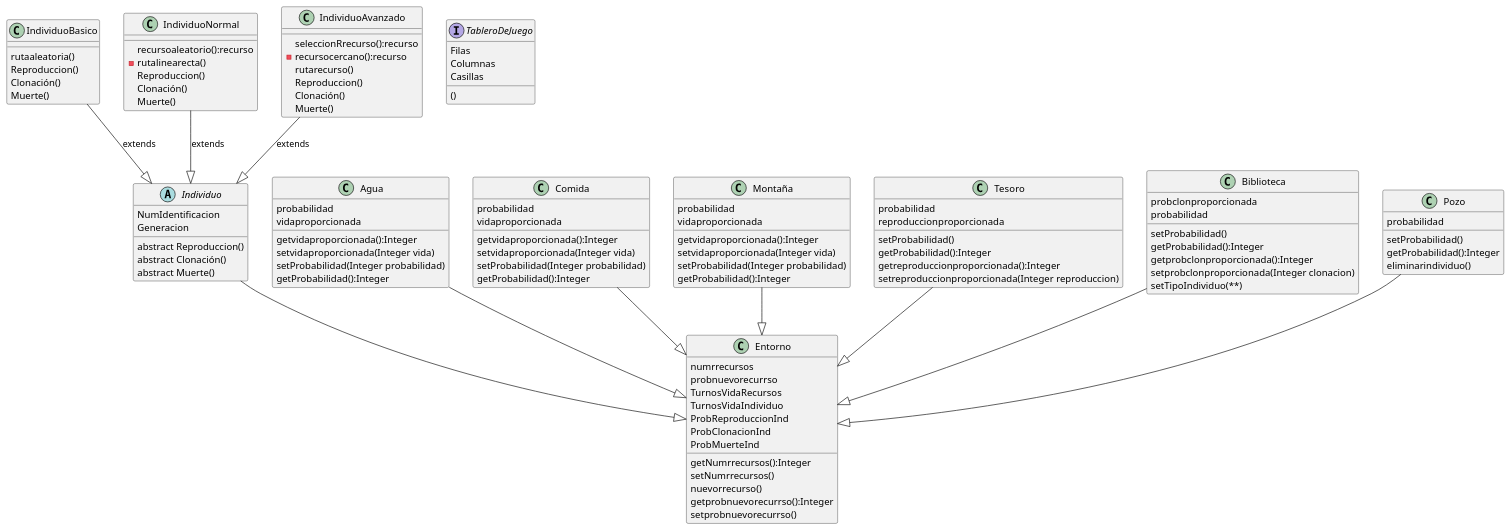
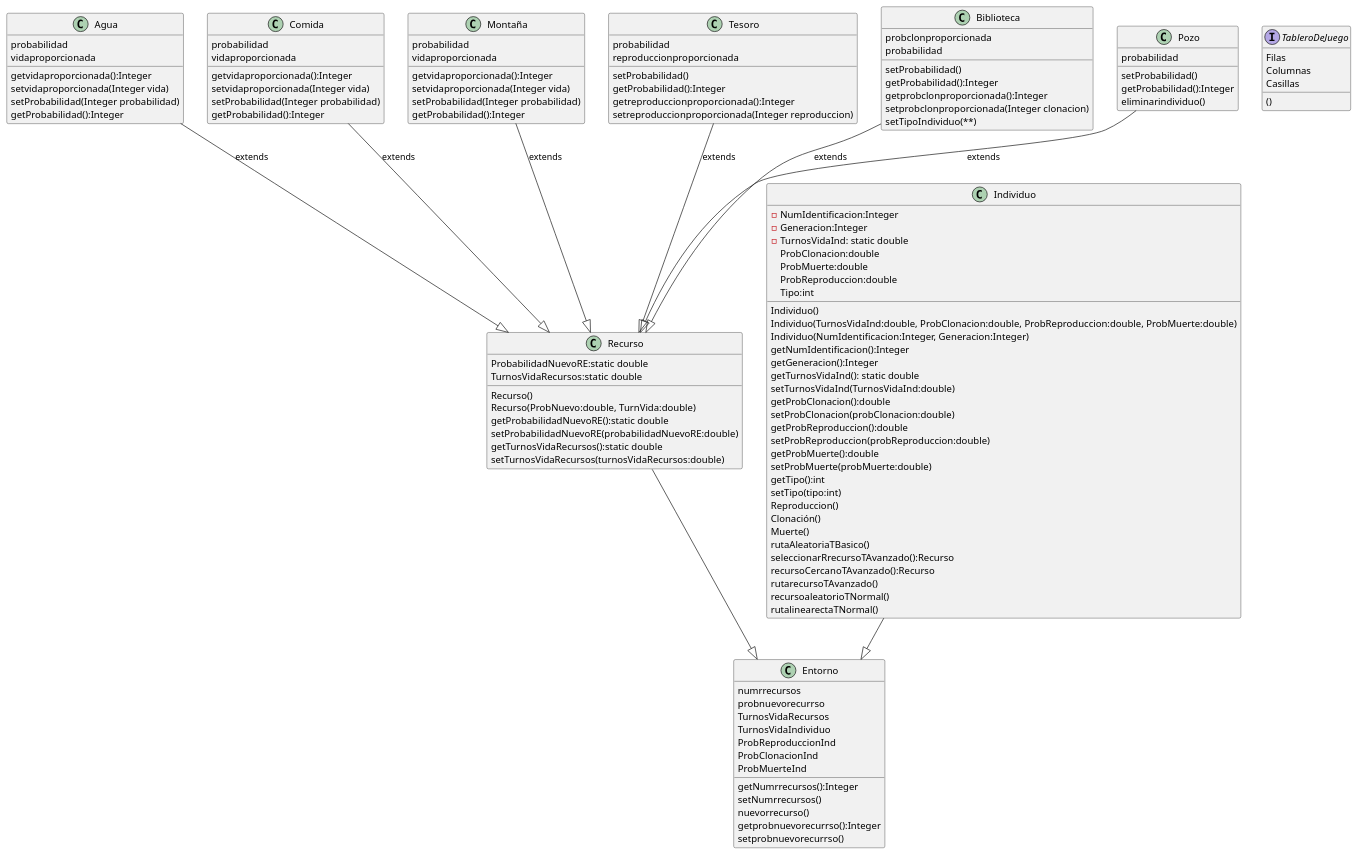
One commit to martavalientemaldonado/JuegoVida changed the diagram in src/UML trabajo.puml. Above: the diagram before and after it, drawn with PlantUML. The commit also changed 11 other files, not shown here.

```diff
--- a/src/UML trabajo.puml
+++ b/src/UML trabajo.puml
@@ -1,116 +1,127 @@
 @startuml
 'https://plantuml.com/class-diagram
 
+Agua --|> Recurso:extends
+Comida --|> Recurso:extends
+Montaña --|> Recurso:extends
+Tesoro --|> Recurso:extends
+Biblioteca --|> Recurso:extends
+Pozo --|> Recurso:extends
+Individuo --|> Entorno
+Recurso --|> Entorno
 
-IndividuoBasico --|> Individuo:extends
-IndividuoNormal --|> Individuo:extends
-IndividuoAvanzado --|> Individuo:extends
-Agua --|> Entorno
-Comida --|> Entorno
-Montaña --|> Entorno
-Tesoro --|> Entorno
-Biblioteca --|> Entorno
-Pozo --|> Entorno
-Individuo --|> Entorno
-
-abstract class Individuo{
-NumIdentificacion
-Generacion
-abstract Reproduccion()
-abstract Clonación()
-abstract Muerte()
-}
-class IndividuoBasico{
-rutaaleatoria()
+class Individuo{
+-NumIdentificacion:Integer
+-Generacion:Integer
+-TurnosVidaInd: static double
+ProbClonacion:double
+ProbMuerte:double
+ProbReproduccion:double
+Tipo:int
+Individuo()
+Individuo(TurnosVidaInd:double, ProbClonacion:double, ProbReproduccion:double, ProbMuerte:double)
+Individuo(NumIdentificacion:Integer, Generacion:Integer)
+getNumIdentificacion():Integer
+getGeneracion():Integer
+getTurnosVidaInd(): static double
+setTurnosVidaInd(TurnosVidaInd:double)
+getProbClonacion():double
+setProbClonacion(probClonacion:double)
+getProbReproduccion():double
+setProbReproduccion(probReproduccion:double)
+getProbMuerte():double
+setProbMuerte(probMuerte:double)
+getTipo():int
+setTipo(tipo:int)
 Reproduccion()
 Clonación()
 Muerte()
+rutaAleatoriaTBasico()
+seleccionarRrecursoTAvanzado():Recurso
+recursoCercanoTAvanzado():Recurso
+rutarecursoTAvanzado()
+recursoaleatorioTNormal()
+rutalinearectaTNormal()
 }
-class IndividuoNormal{
-recursoaleatorio():recurso
--rutalinearecta()
-Reproduccion()
-Clonación()
-Muerte()
-}
-class IndividuoAvanzado{
-seleccionRrecurso():recurso
--recursocercano():recurso
-rutarecurso()
-Reproduccion()
-Clonación()
-Muerte()
-}
+
 
 interface TableroDeJuego {
 Filas
 Columnas
 Casillas
 ()
 }
 class Entorno{
 numrrecursos
 probnuevorecurrso
 TurnosVidaRecursos
 TurnosVidaIndividuo
 ProbReproduccionInd
 ProbClonacionInd
 ProbMuerteInd
 getNumrrecursos():Integer
 setNumrrecursos()
 nuevorrecurso()
 getprobnuevorecurrso():Integer
 setprobnuevorecurrso()
-
-
+}
+class Recurso{
+ProbabilidadNuevoRE:static double
+TurnosVidaRecursos:static double
+Recurso()
+Recurso(ProbNuevo:double, TurnVida:double)
+getProbabilidadNuevoRE():static double
+setProbabilidadNuevoRE(probabilidadNuevoRE:double)
+getTurnosVidaRecursos():static double
+setTurnosVidaRecursos(turnosVidaRecursos:double)
 }
 
 
 class Agua {
 probabilidad
 vidaproporcionada
 getvidaproporcionada():Integer
 setvidaproporcionada(Integer vida)
 setProbabilidad(Integer probabilidad)
 getProbabilidad():Integer
 }
 class Comida {
 probabilidad
 vidaproporcionada
 getvidaproporcionada():Integer
 setvidaproporcionada(Integer vida)
 setProbabilidad(Integer probabilidad)
 getProbabilidad():Integer
 }
 class Montaña {
 probabilidad
 vidaproporcionada
 getvidaproporcionada():Integer
 setvidaproporcionada(Integer vida)
 setProbabilidad(Integer probabilidad)
 getProbabilidad():Integer
 }
 class Tesoro {
 probabilidad
 reproduccionproporcionada
 setProbabilidad()
 getProbabilidad():Integer
 getreproduccionproporcionada():Integer
 setreproduccionproporcionada(Integer reproduccion)
 }
 class Biblioteca {
 probclonproporcionada
 probabilidad
 setProbabilidad()
 getProbabilidad():Integer
 getprobclonproporcionada():Integer
 setprobclonproporcionada(Integer clonacion)
 setTipoIndividuo(**)
 }
 class Pozo {
 probabilidad
 setProbabilidad()
 getProbabilidad():Integer
 eliminarindividuo()
 }
 @enduml
```
